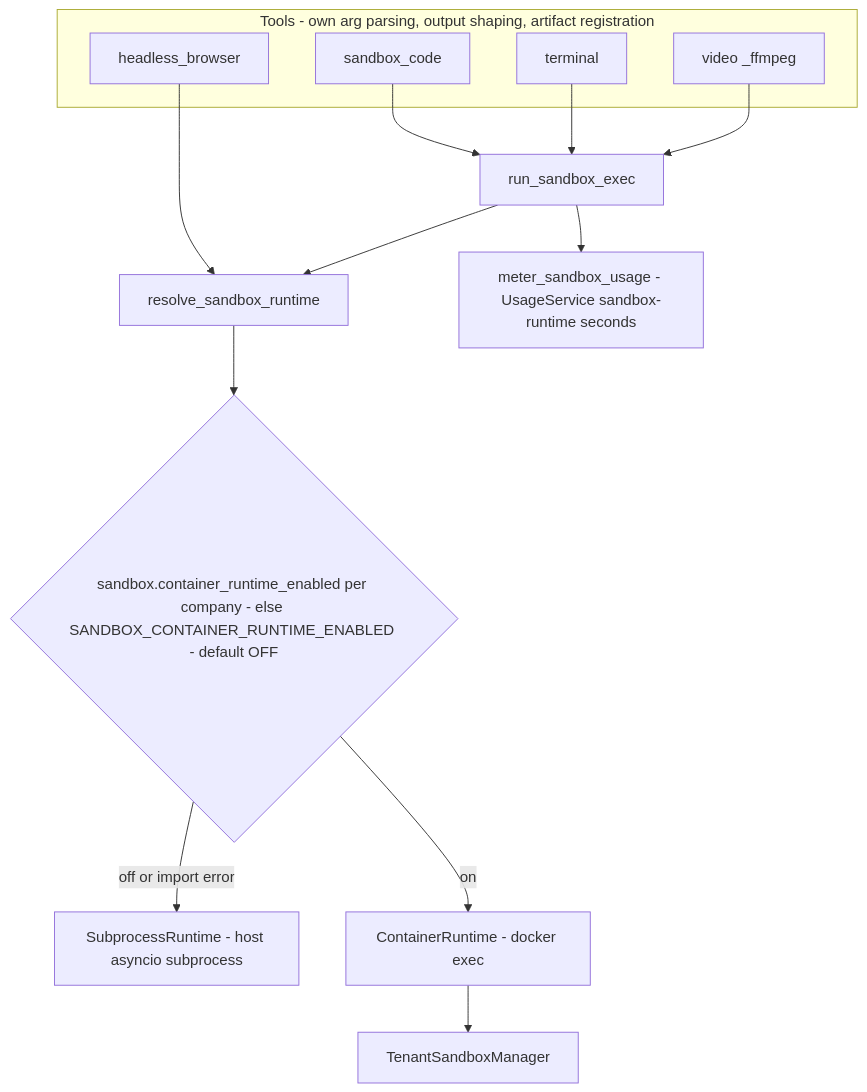
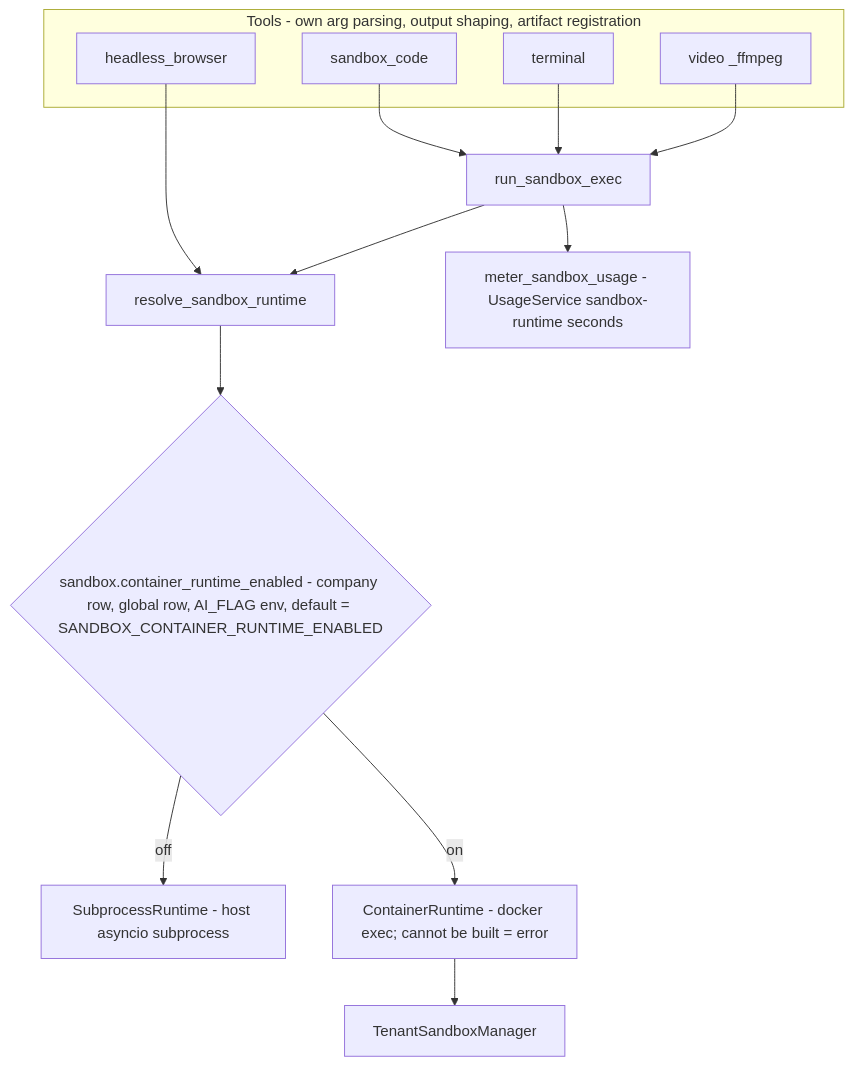
One commit to gondolerahul/hire-buddha-app changed diagram 13 of 23 in docs/current/09-tools.md. Above: the diagram before and after it, drawn with Mermaid. The commit also changed other lines of this file and 8 other files, not shown here.

````diff
--- a/docs/current/09-tools.md
+++ b/docs/current/09-tools.md
@@ -1106,19 +1106,19 @@
 ```mermaid
 graph TB
     subgraph Tools["Tools - own arg parsing, output shaping, artifact registration"]
         SC["sandbox_code"]
         TT["terminal"]
         HB["headless_browser"]
         FF["video _ffmpeg"]
     end
     SC --> RSE["run_sandbox_exec"]
     TT --> RSE
     FF --> RSE
     HB --> RSR["resolve_sandbox_runtime"]
     RSE --> RSR
-    RSR --> FLAG{"sandbox.container_runtime_enabled per company - else SANDBOX_CONTAINER_RUNTIME_ENABLED - default OFF"}
-    FLAG -->|off or import error| SP["SubprocessRuntime - host asyncio subprocess"]
-    FLAG -->|on| CR["ContainerRuntime - docker exec"]
+    RSR --> FLAG{"sandbox.container_runtime_enabled - company row, global row, AI_FLAG env, default = SANDBOX_CONTAINER_RUNTIME_ENABLED"}
+    FLAG -->|off| SP["SubprocessRuntime - host asyncio subprocess"]
+    FLAG -->|on| CR["ContainerRuntime - docker exec; cannot be built = error"]
     CR --> TM["TenantSandboxManager"]
     RSE --> MET["meter_sandbox_usage - UsageService sandbox-runtime seconds"]
 ```
````
